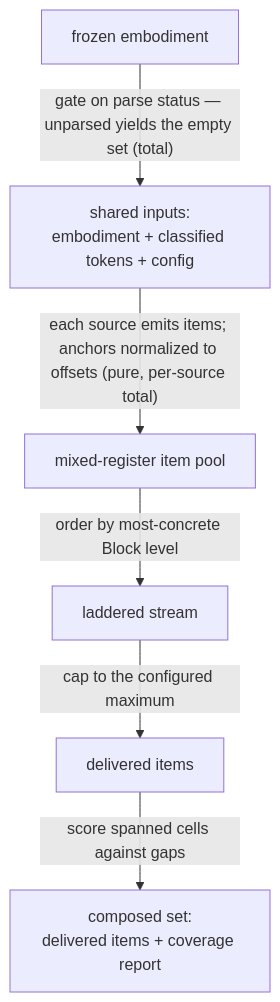
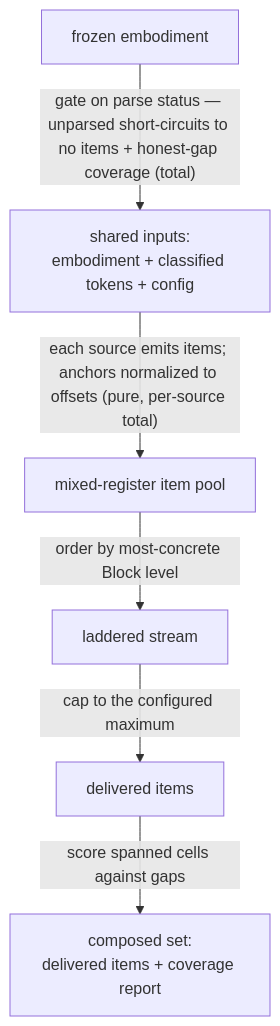
Before and after one commit to codeschoolinabox/curricula: the diagram in src/lib/study-lenses/lib/question-orchestrator/DOCS.md, drawn with Mermaid. The commit also changed other lines of this file and 2 other files, not shown here.

First line of the commit message:
docs(question-orchestrator): correct id-uniqueness claim + degenerate-path coverage

````diff
--- a/src/lib/study-lenses/lib/question-orchestrator/DOCS.md
+++ b/src/lib/study-lenses/lib/question-orchestrator/DOCS.md
@@ -127,9 +129,9 @@
 ```mermaid
 flowchart TD
     Emb["frozen embodiment"]
-    Emb -->|"gate on parse status — unparsed yields the empty set (total)"| Inputs["shared inputs:<br/>embodiment + classified tokens + config"]
+    Emb -->|"gate on parse status — unparsed short-circuits to no items + honest-gap coverage (total)"| Inputs["shared inputs:<br/>embodiment + classified tokens + config"]
     Inputs -->|"each source emits items; anchors normalized to offsets (pure, per-source total)"| Pool["mixed-register item pool"]
     Pool -->|"order by most-concrete Block level"| Laddered["laddered stream"]
     Laddered -->|"cap to the configured maximum"| Delivered["delivered items"]
     Delivered -->|"score spanned cells against gaps"| Result["composed set:<br/>delivered items + coverage report"]
 ```
````
